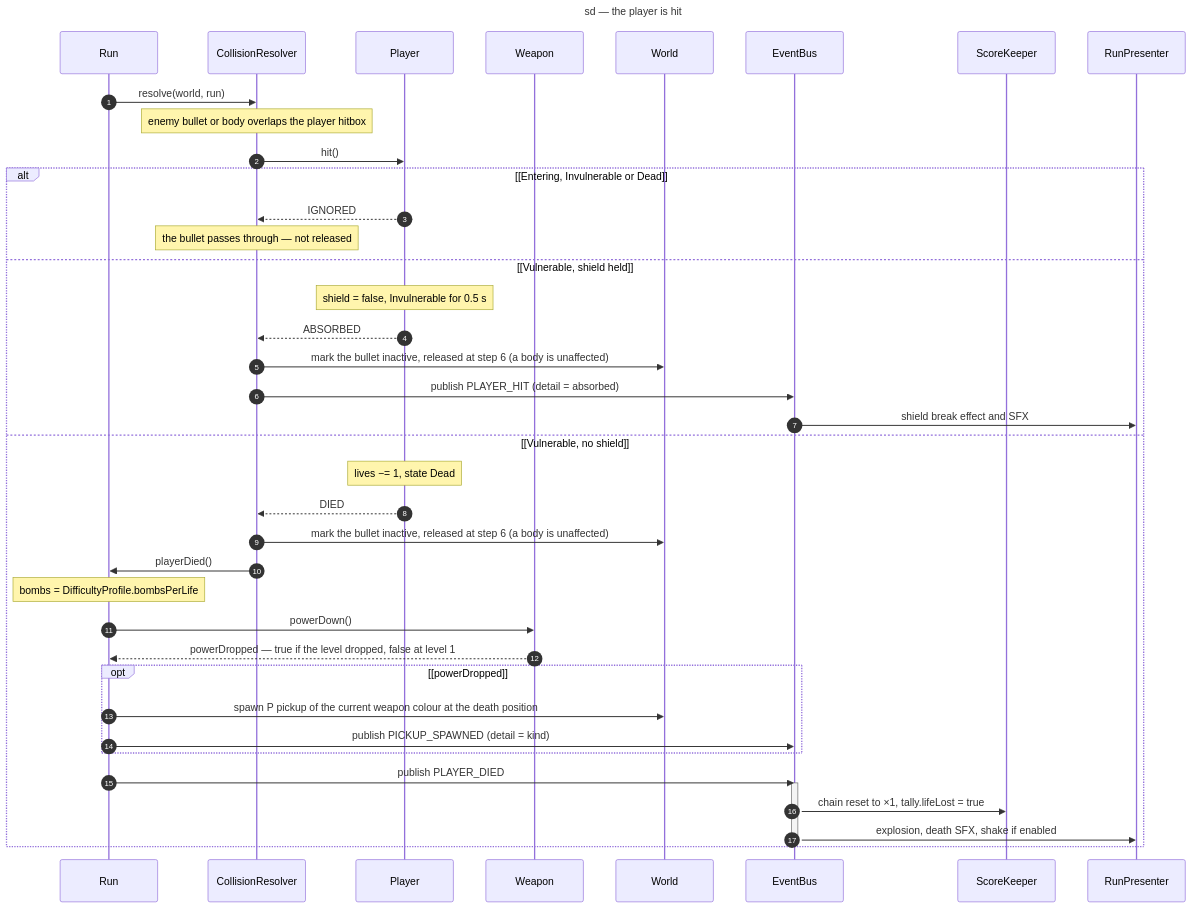
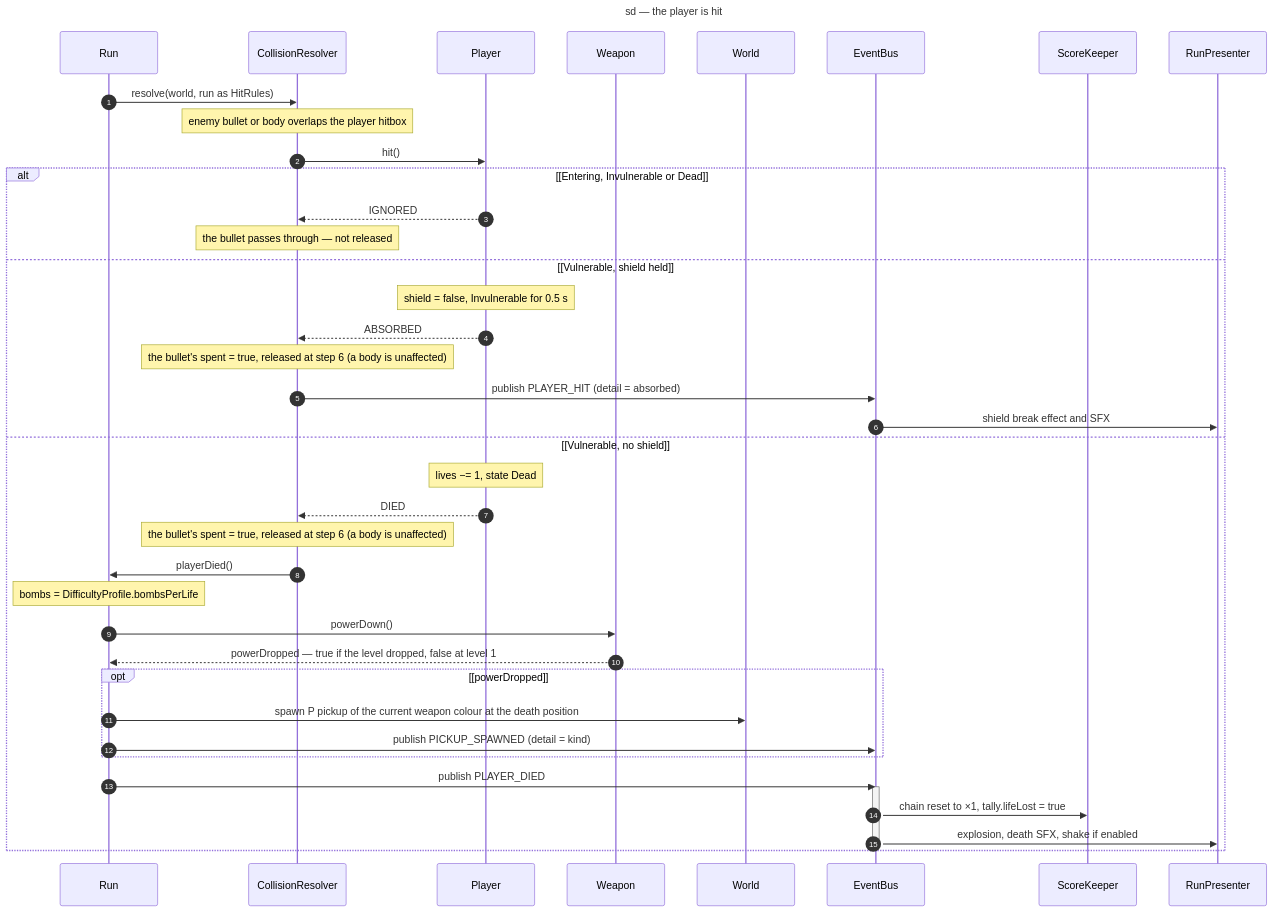
Before and after one commit to benoit-bremaud/retro-shmup: the diagram in docs/architecture/diagrams/gameplay/02-sequence-player-hit.md, drawn with Mermaid. The commit also changed 8 other files, not shown here.

````diff
--- a/docs/architecture/diagrams/gameplay/02-sequence-player-hit.md
+++ b/docs/architecture/diagrams/gameplay/02-sequence-player-hit.md
@@ -18,46 +18,46 @@
 ```mermaid
 ---
 title: sd — the player is hit
 ---
 sequenceDiagram
   autonumber
   participant Run as Run
   participant CR as CollisionResolver
   participant Pl as Player
   participant Wp as Weapon
   participant W as World
   participant Bus as EventBus
   participant SK as ScoreKeeper
   participant P as RunPresenter
 
-  Run->>CR: resolve(world, run)
+  Run->>CR: resolve(world, run as HitRules)
   Note over CR: enemy bullet or body overlaps the player hitbox
   CR->>Pl: hit()
   alt [Entering, Invulnerable or Dead]
     Pl-->>CR: IGNORED
     Note over CR: the bullet passes through — not released
   else [Vulnerable, shield held]
     Note over Pl: shield = false, Invulnerable for 0.5 s
     Pl-->>CR: ABSORBED
-    CR->>W: mark the bullet inactive, released at step 6 (a body is unaffected)
+    Note over CR: the bullet's spent = true, released at step 6 (a body is unaffected)
     CR->>Bus: publish PLAYER_HIT (detail = absorbed)
     Bus->>P: shield break effect and SFX
   else [Vulnerable, no shield]
     Note over Pl: lives −= 1, state Dead
     Pl-->>CR: DIED
-    CR->>W: mark the bullet inactive, released at step 6 (a body is unaffected)
+    Note over CR: the bullet's spent = true, released at step 6 (a body is unaffected)
     CR->>Run: playerDied()
     Note over Run: bombs = DifficultyProfile.bombsPerLife
     Run->>Wp: powerDown()
     Wp-->>Run: powerDropped — true if the level dropped, false at level 1
     opt [powerDropped]
       Run->>W: spawn P pickup of the current weapon colour at the death position
       Run->>Bus: publish PICKUP_SPAWNED (detail = kind)
     end
     Run->>Bus: publish PLAYER_DIED
     activate Bus
     Bus->>SK: chain reset to ×1, tally.lifeLost = true
     Bus->>P: explosion, death SFX, shake if enabled
     deactivate Bus
   end
 ```
````
